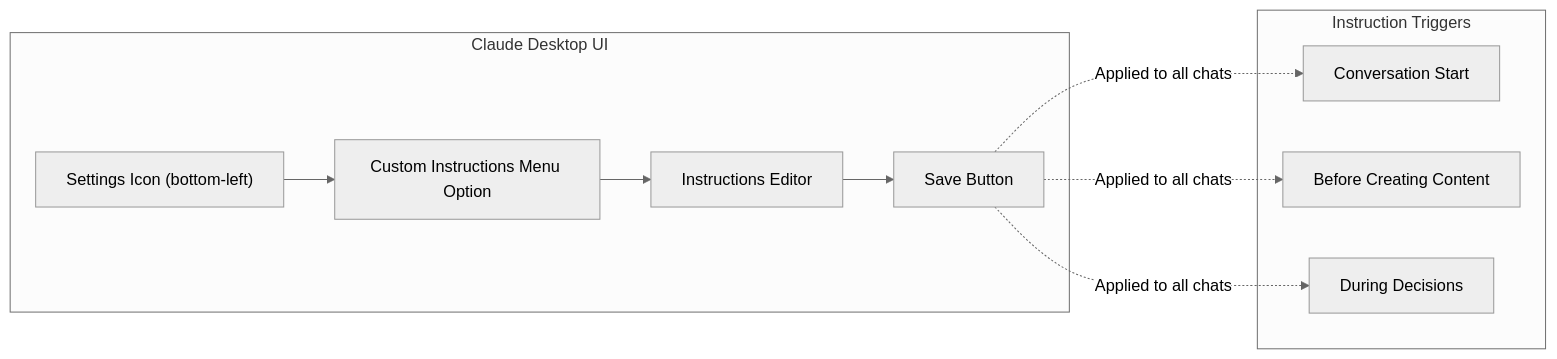
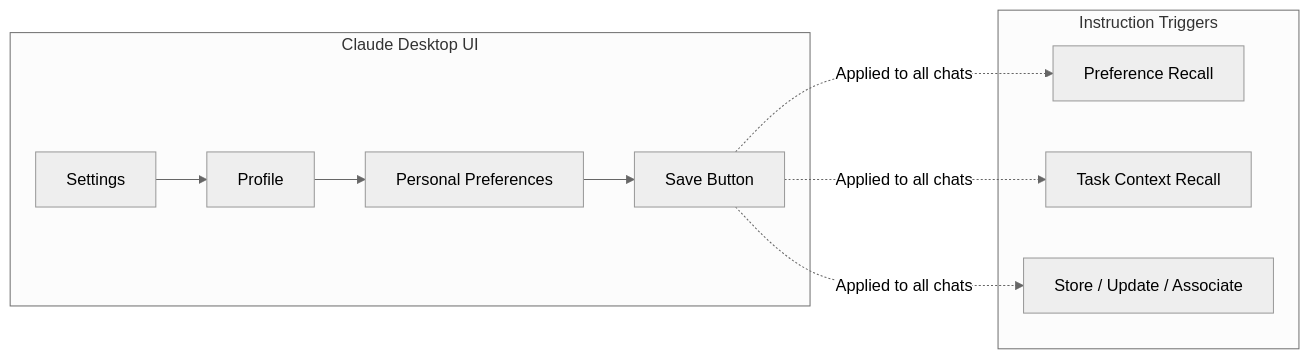
Before and after one commit to verygoodplugins/automem-website: the second of 2 diagrams in src/content/docs/docs/platforms/claude-desktop.md, drawn with Mermaid (neutral theme). The commit also changed other lines of this file and 4 other files, not shown here.

````diff
--- a/src/content/docs/docs/platforms/claude-desktop.md
+++ b/src/content/docs/docs/platforms/claude-desktop.md
@@ -159,23 +161,23 @@
 ```mermaid
 graph LR
     subgraph "Claude Desktop UI"
-        SETTINGS["Settings Icon (bottom-left)"]
-        MENU["Custom Instructions Menu Option"]
-        EDITOR["Instructions Editor"]
+        SETTINGS["Settings"]
+        MENU["Profile"]
+        EDITOR["Personal Preferences"]
         SAVE["Save Button"]
     end
 
     subgraph "Instruction Triggers"
-        START["Conversation Start"]
-        CONTENT["Before Creating Content"]
-        DECISION["During Decisions"]
+        START["Preference Recall"]
+        CONTEXT["Task Context Recall"]
+        STORE["Store / Update / Associate"]
     end
 
     SETTINGS --> MENU
     MENU --> EDITOR
     EDITOR --> SAVE
 
     SAVE -.->|"Applied to all chats"| START
-    SAVE -.->|"Applied to all chats"| CONTENT
-    SAVE -.->|"Applied to all chats"| DECISION
+    SAVE -.->|"Applied to all chats"| CONTEXT
+    SAVE -.->|"Applied to all chats"| STORE
 ```
````
